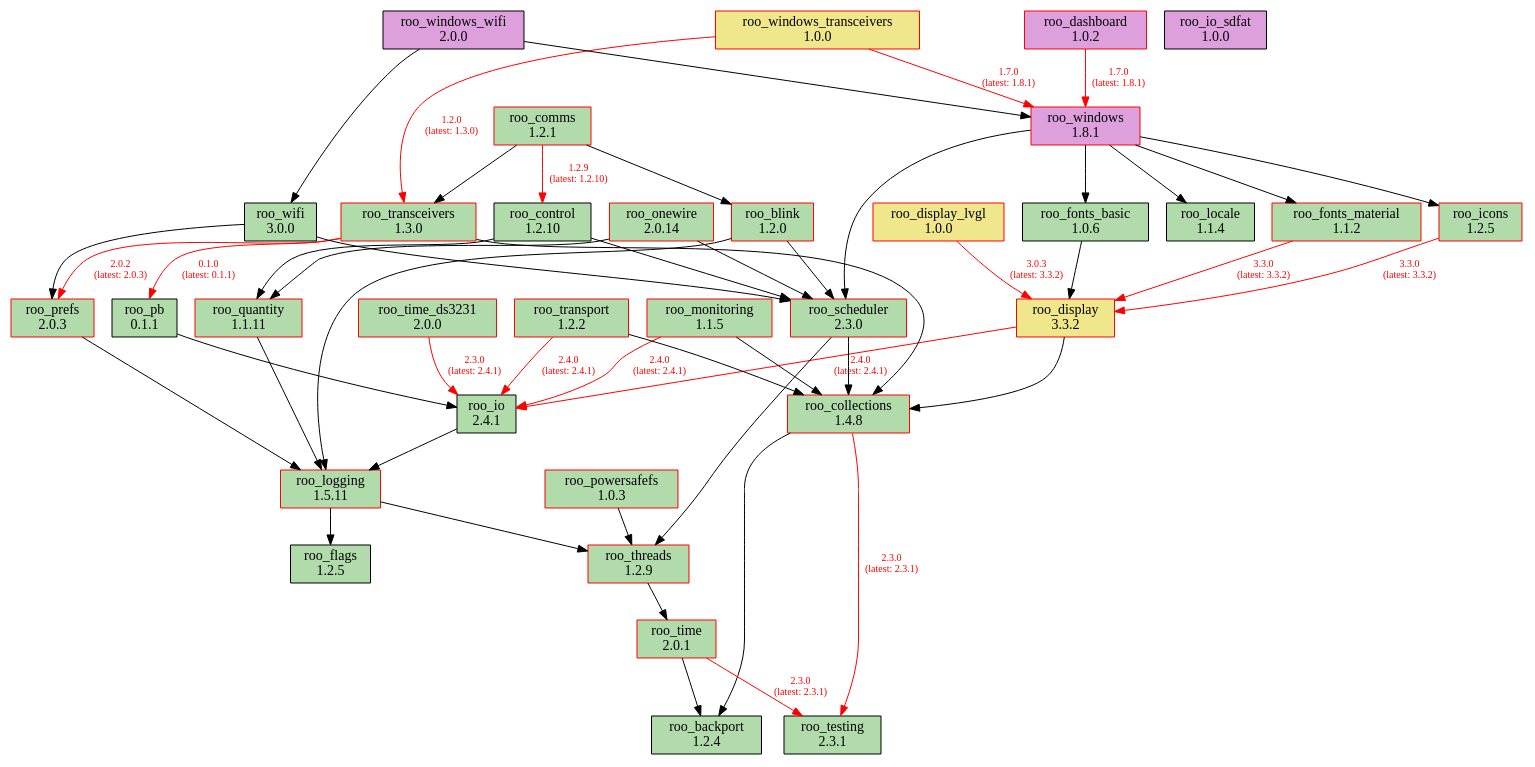
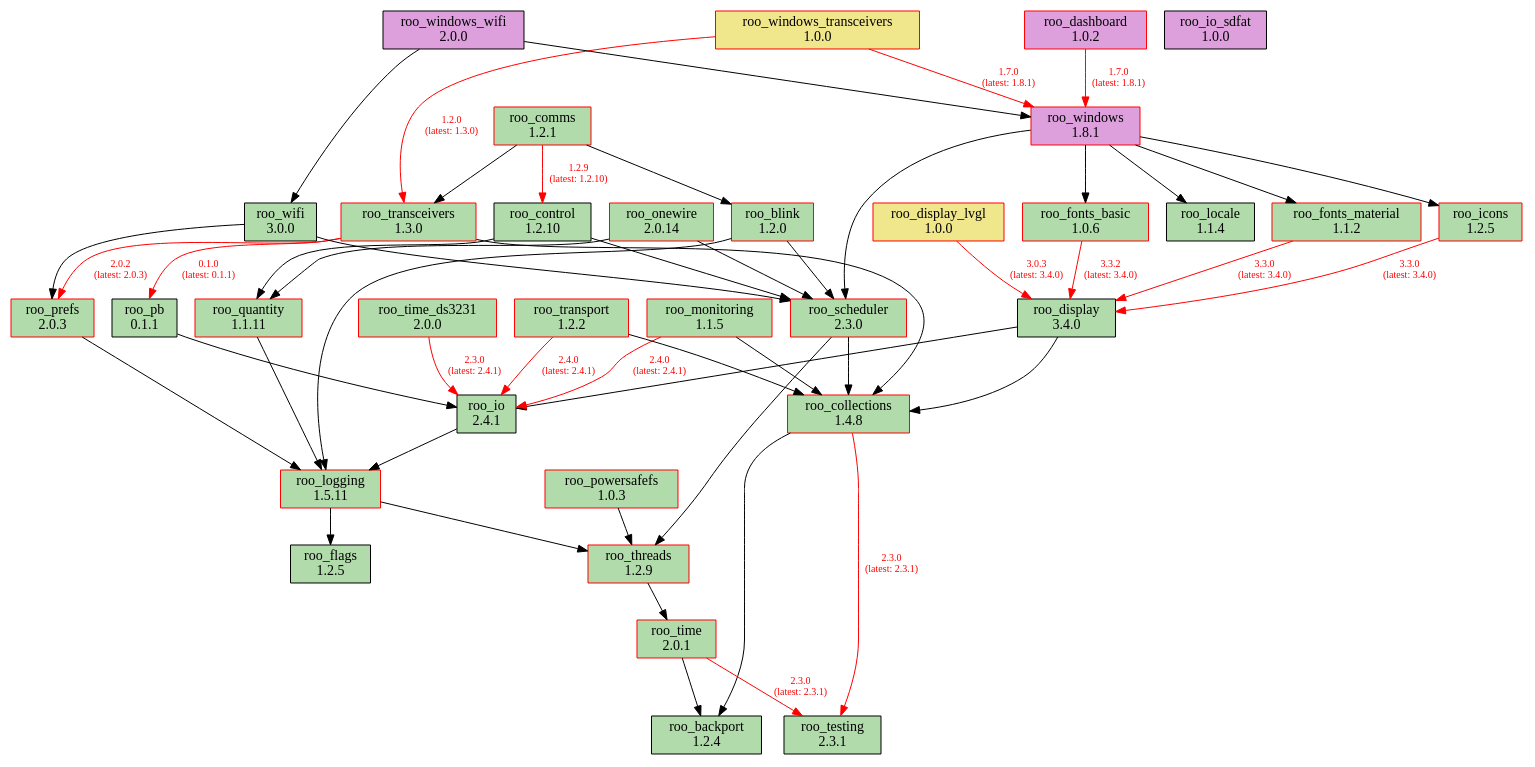
The diagram in doc/dependencies.dot (dejwk/roo-registry), drawn with Graphviz before and after one commit. The commit also changed 3 other files, not shown here.

Commit message:
Added roo_display 3.4.0 to the registry.

```diff
--- a/doc/dependencies.dot
+++ b/doc/dependencies.dot
@@ -1,91 +1,91 @@
 digraph dependencies {
     rankdir=TB;
     node [shape=box, style=filled];
     edge [fontsize=10];
 
     // Modules
     "roo_backport" [label="roo_backport\n1.2.4", fillcolor="#b1dbab", color="black"];
     "roo_blink" [label="roo_blink\n1.2.0", fillcolor="#b1dbab", color="red"];
     "roo_collections" [label="roo_collections\n1.4.8", fillcolor="#b1dbab", color="red"];
     "roo_comms" [label="roo_comms\n1.2.1", fillcolor="#b1dbab", color="red"];
     "roo_control" [label="roo_control\n1.2.10", fillcolor="#b1dbab", color="black"];
     "roo_dashboard" [label="roo_dashboard\n1.0.2", fillcolor="plum", color="red"];
-    "roo_display" [label="roo_display\n3.3.2", fillcolor="khaki", color="red"];
+    "roo_display" [label="roo_display\n3.4.0", fillcolor="#b1dbab", color="black"];
     "roo_display_lvgl" [label="roo_display_lvgl\n1.0.0", fillcolor="khaki", color="red"];
     "roo_flags" [label="roo_flags\n1.2.5", fillcolor="#b1dbab", color="black"];
-    "roo_fonts_basic" [label="roo_fonts_basic\n1.0.6", fillcolor="#b1dbab", color="black"];
+    "roo_fonts_basic" [label="roo_fonts_basic\n1.0.6", fillcolor="#b1dbab", color="red"];
     "roo_fonts_material" [label="roo_fonts_material\n1.1.2", fillcolor="#b1dbab", color="red"];
     "roo_icons" [label="roo_icons\n1.2.5", fillcolor="#b1dbab", color="red"];
     "roo_io" [label="roo_io\n2.4.1", fillcolor="#b1dbab", color="black"];
     "roo_io_sdfat" [label="roo_io_sdfat\n1.0.0", fillcolor="plum", color="black"];
     "roo_locale" [label="roo_locale\n1.1.4", fillcolor="#b1dbab", color="black"];
     "roo_logging" [label="roo_logging\n1.5.11", fillcolor="#b1dbab", color="red"];
     "roo_monitoring" [label="roo_monitoring\n1.1.5", fillcolor="#b1dbab", color="red"];
     "roo_onewire" [label="roo_onewire\n2.0.14", fillcolor="#b1dbab", color="red"];
     "roo_pb" [label="roo_pb\n0.1.1", fillcolor="#b1dbab", color="black"];
     "roo_powersafefs" [label="roo_powersafefs\n1.0.3", fillcolor="#b1dbab", color="red"];
     "roo_prefs" [label="roo_prefs\n2.0.3", fillcolor="#b1dbab", color="red"];
     "roo_quantity" [label="roo_quantity\n1.1.11", fillcolor="#b1dbab", color="red"];
     "roo_scheduler" [label="roo_scheduler\n2.3.0", fillcolor="#b1dbab", color="red"];
     "roo_testing" [label="roo_testing\n2.3.1", fillcolor="#b1dbab", color="black"];
     "roo_threads" [label="roo_threads\n1.2.9", fillcolor="#b1dbab", color="red"];
     "roo_time" [label="roo_time\n2.0.1", fillcolor="#b1dbab", color="red"];
     "roo_time_ds3231" [label="roo_time_ds3231\n2.0.0", fillcolor="#b1dbab", color="red"];
     "roo_transceivers" [label="roo_transceivers\n1.3.0", fillcolor="#b1dbab", color="red"];
     "roo_transport" [label="roo_transport\n1.2.2", fillcolor="#b1dbab", color="red"];
     "roo_wifi" [label="roo_wifi\n3.0.0", fillcolor="#b1dbab", color="black"];
     "roo_windows" [label="roo_windows\n1.8.1", fillcolor="plum", color="red"];
     "roo_windows_transceivers" [label="roo_windows_transceivers\n1.0.0", fillcolor="khaki", color="red"];
     "roo_windows_wifi" [label="roo_windows_wifi\n2.0.0", fillcolor="plum", color="black"];
 
     // Dependencies
     "roo_blink" -> "roo_logging";
     "roo_blink" -> "roo_scheduler";
     "roo_collections" -> "roo_testing" [color=red, fontcolor=red, label="2.3.0\n(latest: 2.3.1)"];
     "roo_collections" -> "roo_backport";
     "roo_comms" -> "roo_blink";
     "roo_comms" -> "roo_control" [color=red, fontcolor=red, label="1.2.9\n(latest: 1.2.10)"];
     "roo_comms" -> "roo_transceivers";
     "roo_control" -> "roo_quantity";
     "roo_control" -> "roo_scheduler";
     "roo_dashboard" -> "roo_windows" [color=red, fontcolor=red, label="1.7.0\n(latest: 1.8.1)"];
     "roo_display" -> "roo_collections";
-    "roo_display" -> "roo_io" [color=red, fontcolor=red, label="2.4.0\n(latest: 2.4.1)"];
-    "roo_display_lvgl" -> "roo_display" [color=red, fontcolor=red, label="3.0.3\n(latest: 3.3.2)"];
-    "roo_fonts_basic" -> "roo_display";
-    "roo_fonts_material" -> "roo_display" [color=red, fontcolor=red, label="3.3.0\n(latest: 3.3.2)"];
-    "roo_icons" -> "roo_display" [color=red, fontcolor=red, label="3.3.0\n(latest: 3.3.2)"];
+    "roo_display" -> "roo_io";
+    "roo_display_lvgl" -> "roo_display" [color=red, fontcolor=red, label="3.0.3\n(latest: 3.4.0)"];
+    "roo_fonts_basic" -> "roo_display" [color=red, fontcolor=red, label="3.3.2\n(latest: 3.4.0)"];
+    "roo_fonts_material" -> "roo_display" [color=red, fontcolor=red, label="3.3.0\n(latest: 3.4.0)"];
+    "roo_icons" -> "roo_display" [color=red, fontcolor=red, label="3.3.0\n(latest: 3.4.0)"];
     "roo_io" -> "roo_logging";
     "roo_logging" -> "roo_flags";
     "roo_logging" -> "roo_threads";
     "roo_monitoring" -> "roo_collections";
     "roo_monitoring" -> "roo_io" [color=red, fontcolor=red, label="2.4.0\n(latest: 2.4.1)"];
     "roo_onewire" -> "roo_scheduler";
     "roo_onewire" -> "roo_quantity";
     "roo_pb" -> "roo_io";
     "roo_powersafefs" -> "roo_threads";
     "roo_prefs" -> "roo_logging";
     "roo_quantity" -> "roo_logging";
     "roo_scheduler" -> "roo_collections";
     "roo_scheduler" -> "roo_threads";
     "roo_threads" -> "roo_time";
     "roo_time" -> "roo_testing" [color=red, fontcolor=red, label="2.3.0\n(latest: 2.3.1)"];
     "roo_time" -> "roo_backport";
     "roo_time_ds3231" -> "roo_io" [color=red, fontcolor=red, label="2.3.0\n(latest: 2.4.1)"];
     "roo_transceivers" -> "roo_pb" [color=red, fontcolor=red, label="0.1.0\n(latest: 0.1.1)"];
     "roo_transceivers" -> "roo_collections";
     "roo_transceivers" -> "roo_prefs" [color=red, fontcolor=red, label="2.0.2\n(latest: 2.0.3)"];
     "roo_transport" -> "roo_collections";
     "roo_transport" -> "roo_io" [color=red, fontcolor=red, label="2.4.0\n(latest: 2.4.1)"];
     "roo_wifi" -> "roo_prefs";
     "roo_wifi" -> "roo_scheduler";
     "roo_windows" -> "roo_fonts_basic";
     "roo_windows" -> "roo_fonts_material";
     "roo_windows" -> "roo_locale";
     "roo_windows" -> "roo_icons";
     "roo_windows" -> "roo_scheduler";
     "roo_windows_transceivers" -> "roo_transceivers" [color=red, fontcolor=red, label="1.2.0\n(latest: 1.3.0)"];
     "roo_windows_transceivers" -> "roo_windows" [color=red, fontcolor=red, label="1.7.0\n(latest: 1.8.1)"];
     "roo_windows_wifi" -> "roo_wifi";
     "roo_windows_wifi" -> "roo_windows";
 }
```
